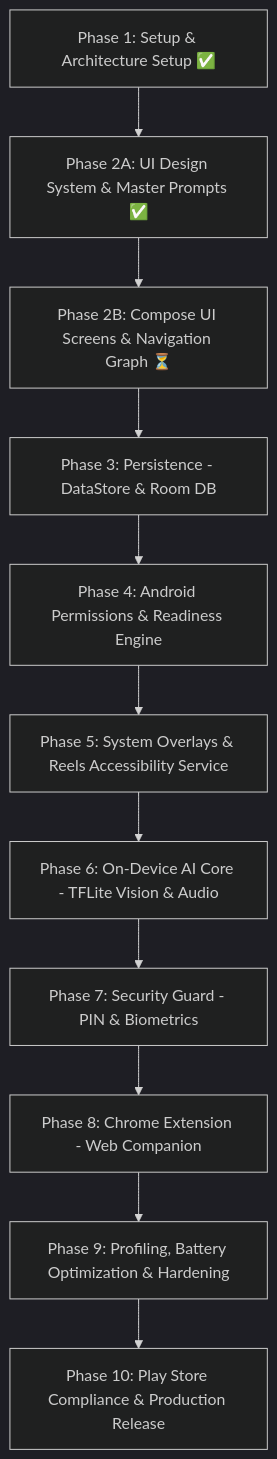
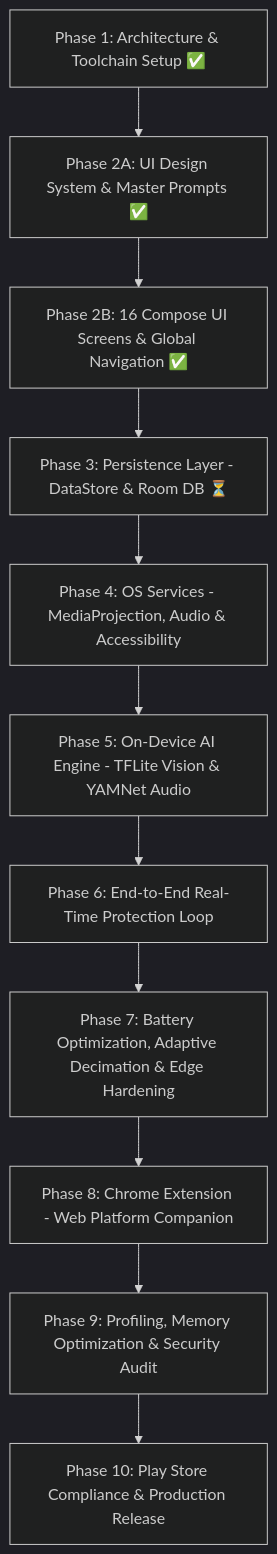
One commit to saidur1004/SafeScreen changed the diagram in DEVELOPMENT_ROADMAP.md. Above: the diagram before and after it, drawn with Mermaid (dark theme). The commit also changed other lines of this file and 3 other files, not shown here.

Commit message:
docs(architecture): comprehensive zero-lag AI blueprint, contextual revision, and strict sequential action plan

````diff
--- a/DEVELOPMENT_ROADMAP.md
+++ b/DEVELOPMENT_ROADMAP.md
@@ -9,13 +9,13 @@
 ```mermaid
 flowchart TD
-    P1[Phase 1: Setup & Architecture Setup ✅] --> P2A[Phase 2A: UI Design System & Master Prompts ✅]
-    P2A --> P2B[Phase 2B: Compose UI Screens & Navigation Graph ⏳]
-    P2B --> P3[Phase 3: Persistence - DataStore & Room DB]
-    P3 --> P4[Phase 4: Android Permissions & Readiness Engine]
-    P4 --> P5[Phase 5: System Overlays & Reels Accessibility Service]
-    P5 --> P6[Phase 6: On-Device AI Core - TFLite Vision & Audio]
-    P6 --> P7[Phase 7: Security Guard - PIN & Biometrics]
-    P7 --> P8[Phase 8: Chrome Extension - Web Companion]
-    P8 --> P9[Phase 9: Profiling, Battery Optimization & Hardening]
+    P1[Phase 1: Architecture & Toolchain Setup ✅] --> P2A[Phase 2A: UI Design System & Master Prompts ✅]
+    P2A --> P2B[Phase 2B: 16 Compose UI Screens & Global Navigation ✅]
+    P2B --> P3[Phase 3: Persistence Layer - DataStore & Room DB ⏳]
+    P3 --> P4[Phase 4: OS Services - MediaProjection, Audio & Accessibility]
+    P4 --> P5[Phase 5: On-Device AI Engine - TFLite Vision & YAMNet Audio]
+    P5 --> P6[Phase 6: End-to-End Real-Time Protection Loop]
+    P6 --> P7[Phase 7: Battery Optimization, Adaptive Decimation & Edge Hardening]
+    P7 --> P8[Phase 8: Chrome Extension - Web Platform Companion]
+    P8 --> P9[Phase 9: Profiling, Memory Optimization & Security Audit]
     P9 --> P10[Phase 10: Play Store Compliance & Production Release]
 ```
````
